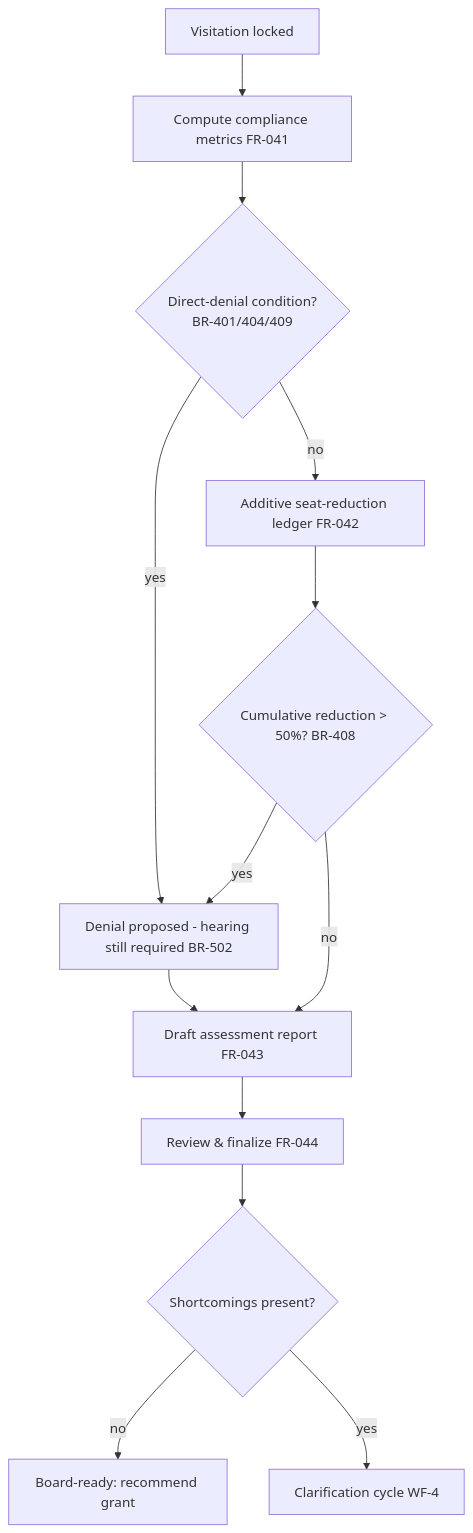
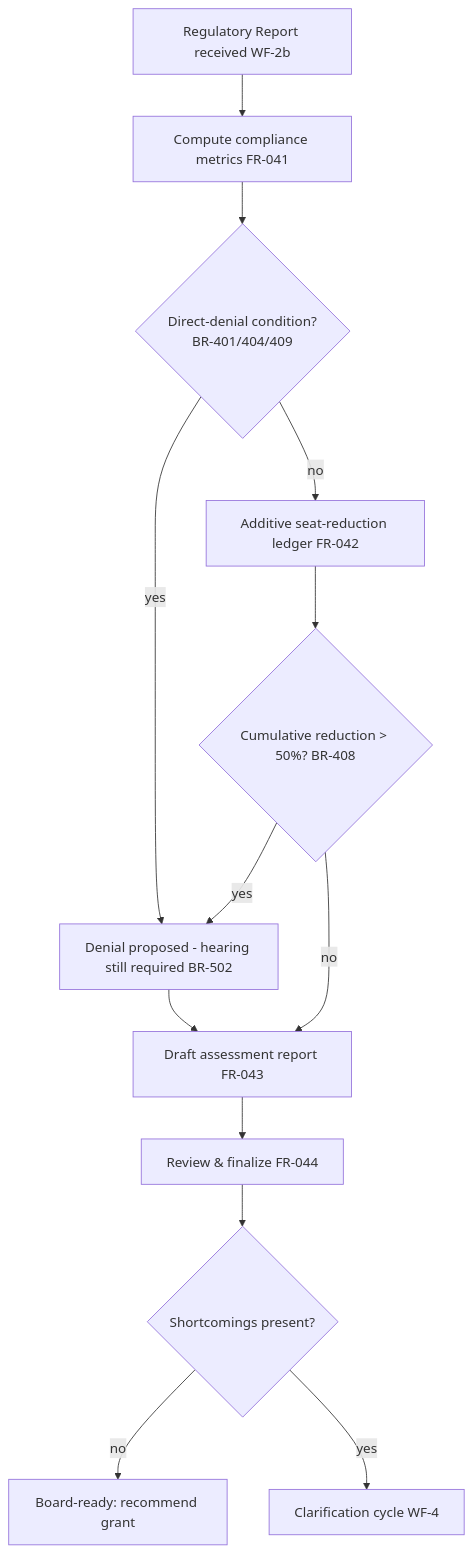
The fourth of 7 diagrams in docs/srs/08-workflows.md (Abhinash04/NCISM), drawn with Mermaid before and after one commit. The commit also changed other lines of this file and 24 other files, not shown here.

Commit message:
docs: update SRS suite, project architecture documentation, and workflow analysis

````diff
--- a/docs/srs/08-workflows.md
+++ b/docs/srs/08-workflows.md
@@ -93,15 +120,15 @@
 ```mermaid
 flowchart TD
-    A[Visitation locked] --> B[Compute compliance metrics FR-041]
+    A[Regulatory Report received WF-2b] --> B[Compute compliance metrics FR-041]
     B --> C{Direct-denial condition?<br/>BR-401/404/409}
     C -- yes --> D[Denial proposed - hearing still required BR-502]
     C -- no --> E[Additive seat-reduction ledger FR-042]
     E --> F{Cumulative reduction > 50%? BR-408}
     F -- yes --> D
     F -- no --> G[Draft assessment report FR-043]
     D --> G
     G --> H[Review & finalize FR-044]
     H --> I{Shortcomings present?}
     I -- no --> J[Board-ready: recommend grant]
     I -- yes --> K[Clarification cycle WF-4]
 ```
````
